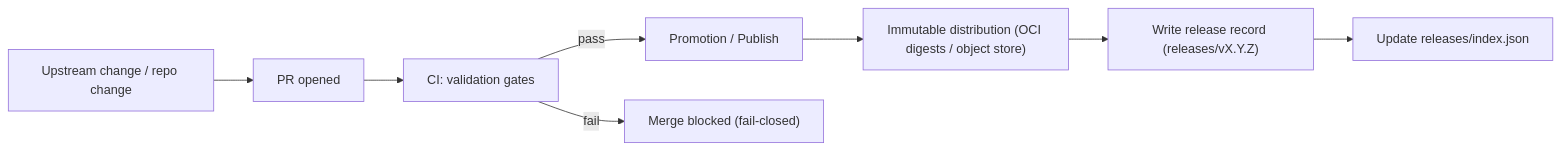
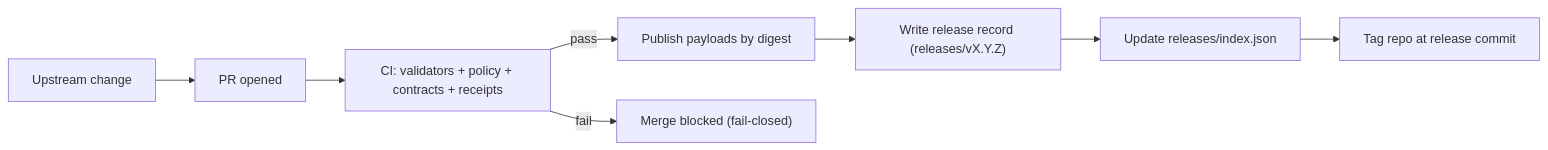
Before and after one commit to bartytime4life/Kansas-Frontier-Matrix: the diagram in releases/README.md, drawn with Mermaid. The commit also changed other lines of this file, not shown here.

First line of the commit message:
Revise releases README for clarity and governance details

````diff
--- a/releases/README.md
+++ b/releases/README.md
@@ -147,10 +195,10 @@
 ```mermaid
 flowchart LR
-  A["Upstream change / repo change"] --> B["PR opened"]
-  B --> C["CI: validation gates"]
-  C -->|"pass"| D["Promotion / Publish"]
+  A["Upstream change"] --> B["PR opened"]
+  B --> C["CI: validators + policy + contracts + receipts"]
+  C -->|"pass"| D["Publish payloads by digest"]
   C -->|"fail"| X["Merge blocked (fail-closed)"]
-  D --> E["Immutable distribution (OCI digests / object store)"]
-  E --> F["Write release record (releases/vX.Y.Z)"]
-  F --> G["Update releases/index.json"]
+  D --> E["Write release record (releases/vX.Y.Z)"]
+  E --> F["Update releases/index.json"]
+  F --> G["Tag repo at release commit"]
 ```
````
